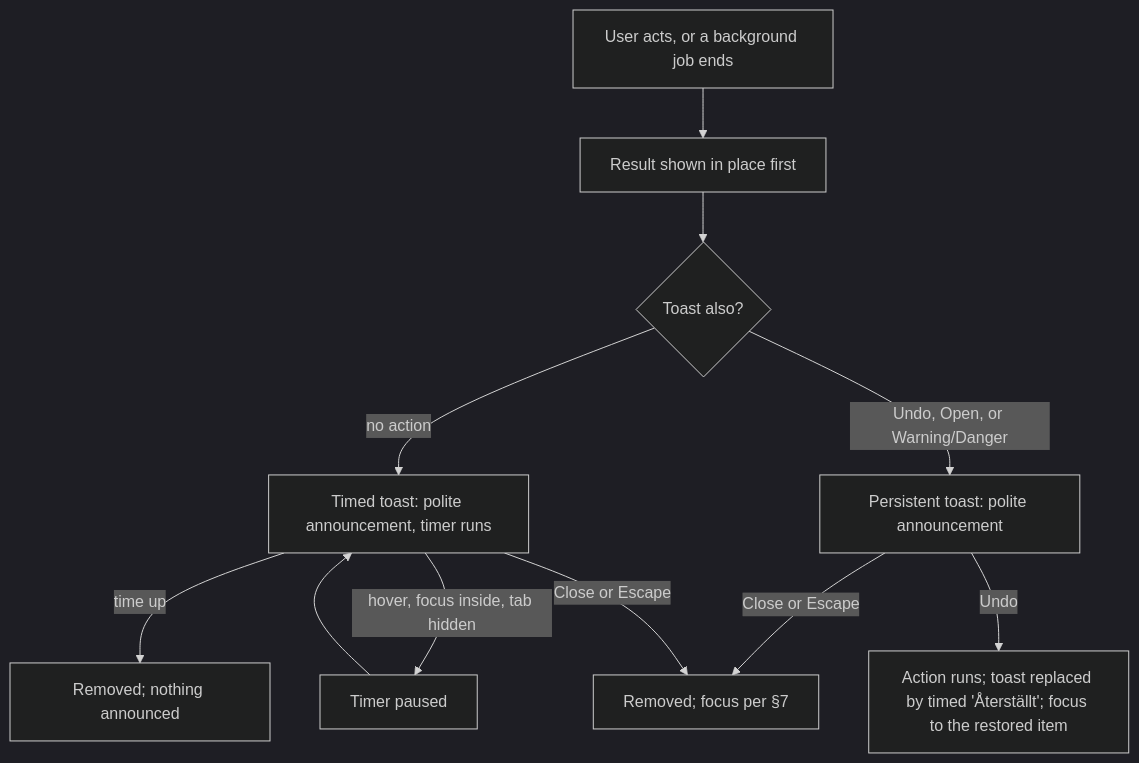
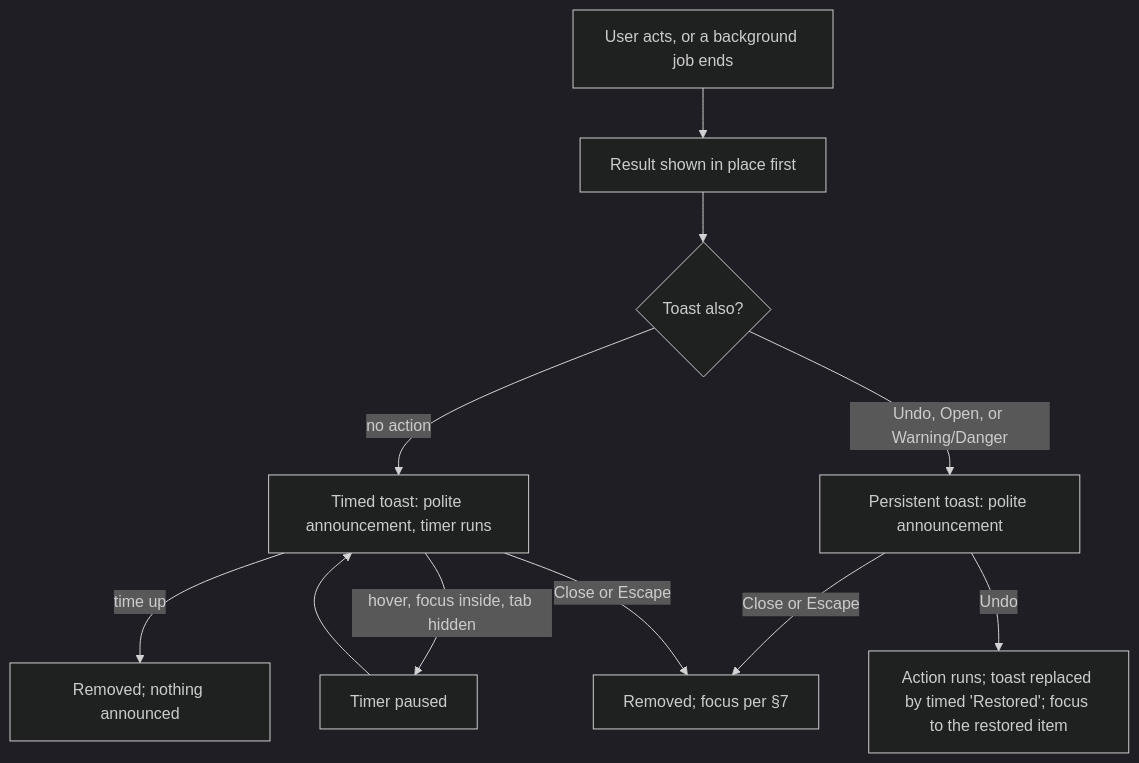
One commit to kvirn/ui changed the diagram in docs/design/toast.md. Above: the diagram before and after it, drawn with Mermaid (dark theme). The commit also changed other lines of this file and 439 other files, not shown here.

````diff
--- a/docs/design/toast.md
+++ b/docs/design/toast.md
@@ -42,11 +42,11 @@
 ```mermaid
 flowchart TD
   a[User acts, or a background job ends] --> r[Result shown in place first]
   r --> q{Toast also?}
   q -->|no action| t[Timed toast: polite announcement, timer runs]
   q -->|Undo, Open, or Warning/Danger| p[Persistent toast: polite announcement]
   t -->|hover, focus inside, tab hidden| s[Timer paused] --> t
   t -->|time up| g[Removed; nothing announced]
-  p -->|Undo| u[Action runs; toast replaced by timed 'Återställt'; focus to the restored item]
+  p -->|Undo| u[Action runs; toast replaced by timed 'Restored'; focus to the restored item]
   p & t -->|Close or Escape| c[Removed; focus per §7]
 ```
````
